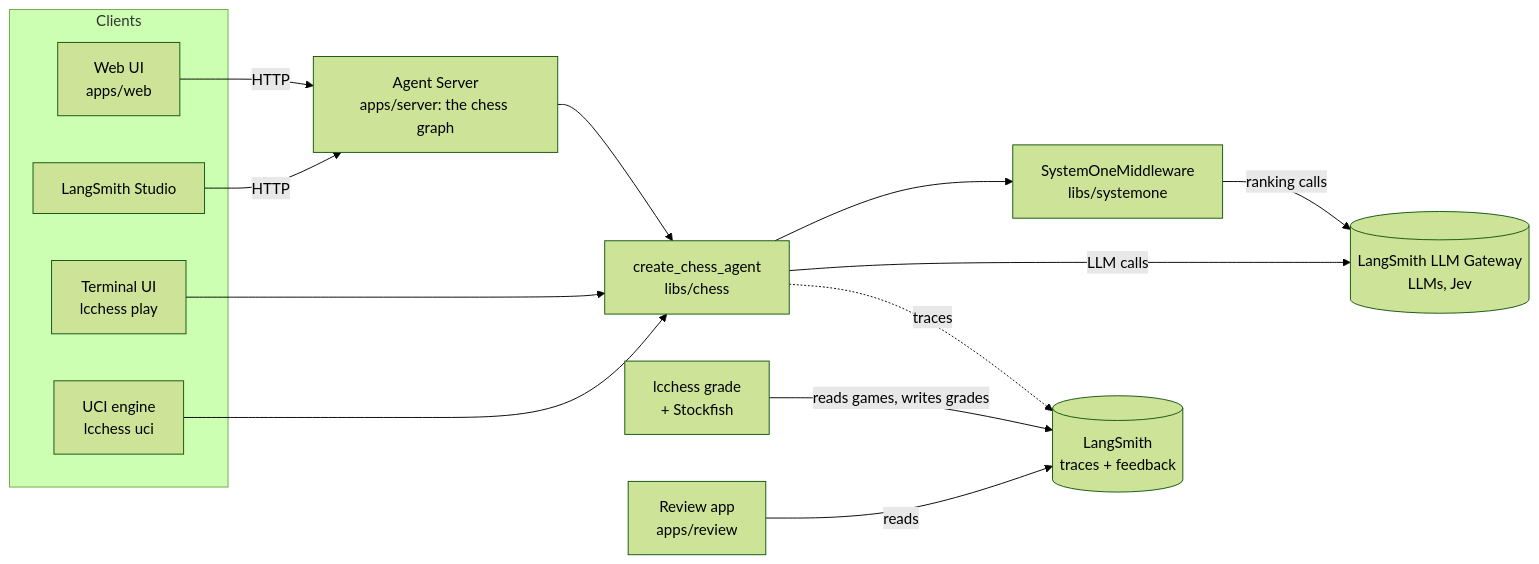
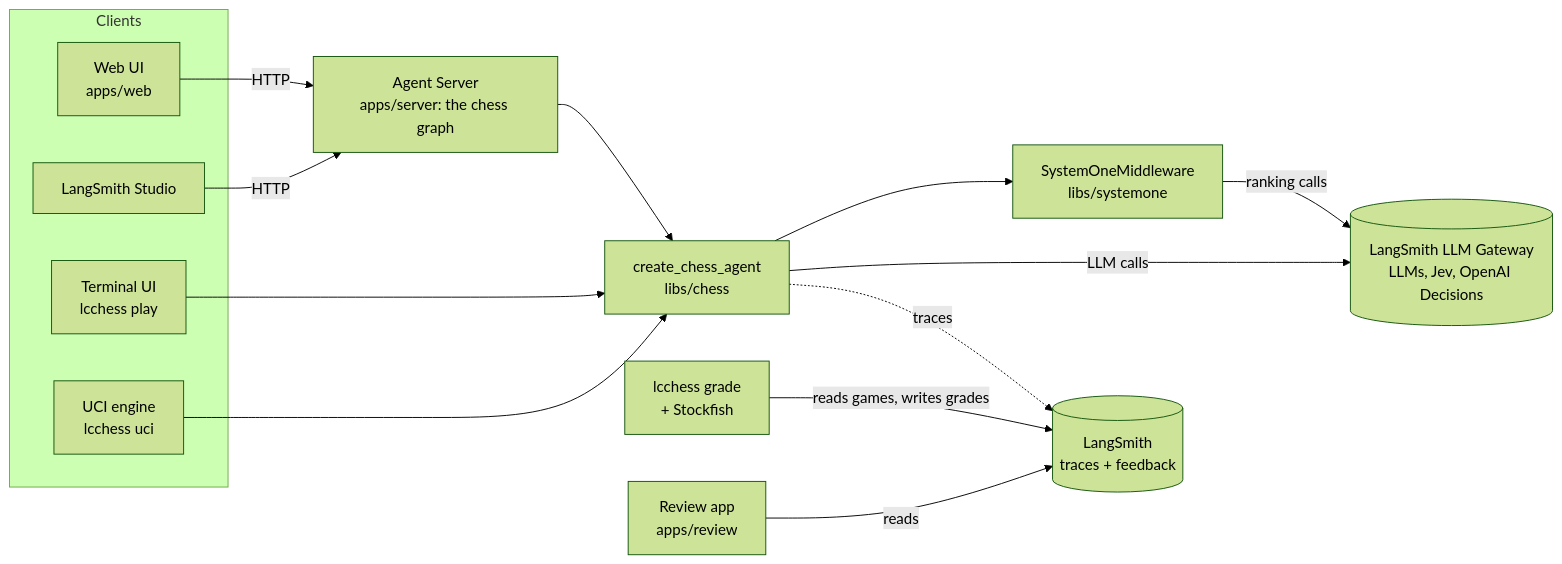
Before and after one commit to darieldatoon/langchain-chess: the diagram in README.md, drawn with Mermaid (forest theme). The commit also changed other lines of this file and 32 other files, not shown here.

First line of the commit message:
System 1 on OpenAI Decisions, next to Jev (#84)

````diff
--- a/README.md
+++ b/README.md
@@ -26,28 +26,28 @@
 ```mermaid
 flowchart LR
   subgraph clients[Clients]
     web["Web UI<br/>apps/web"]
     studio[LangSmith Studio]
     tui["Terminal UI<br/>lcchess play"]
     uci["UCI engine<br/>lcchess uci"]
   end
   server["Agent Server<br/>apps/server: the chess graph"]
   agent["create_chess_agent<br/>libs/chess"]
   s1["SystemOneMiddleware<br/>libs/systemone"]
-  gw[("LangSmith LLM Gateway<br/>LLMs, Jev")]
+  gw[("LangSmith LLM Gateway<br/>LLMs, Jev, OpenAI Decisions")]
   ls[("LangSmith<br/>traces + feedback")]
   grade["lcchess grade<br/>+ Stockfish"]
   review["Review app<br/>apps/review"]
 
   web -- HTTP --> server
   studio -- HTTP --> server
   server --> agent
   tui --> agent
   uci --> agent
   agent --> s1
   agent -- LLM calls --> gw
   s1 -- ranking calls --> gw
   agent -. traces .-> ls
   grade -- reads games, writes grades --> ls
   review -- reads --> ls
 ```
````
